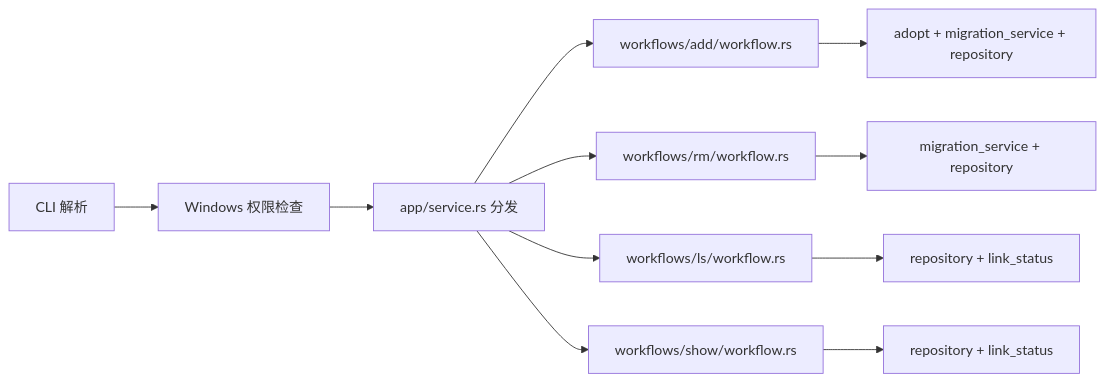
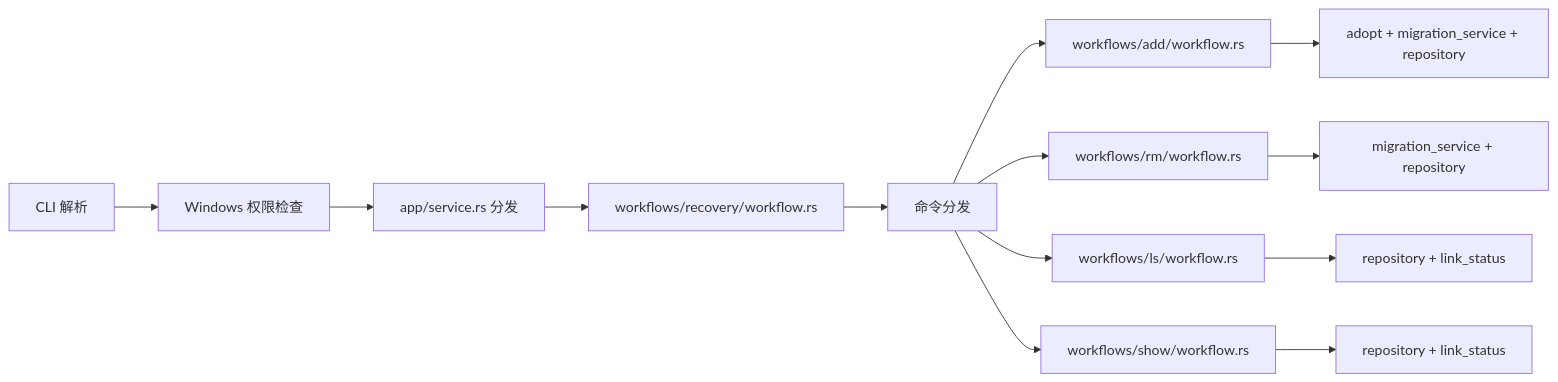
The second of 4 diagrams in README.md (835519608/symm), drawn with Mermaid before and after one commit. The commit also changed other lines of this file, not shown here.

First line of the commit message:
docs: align README with recovery and ls pagination

````diff
--- a/README.md
+++ b/README.md
@@ -113,14 +116,16 @@
 ```mermaid
 flowchart LR
 cli[CLI 解析] --> guard[Windows 权限检查]
 guard --> dispatch[app/service.rs 分发]
-dispatch --> addFlow[workflows/add/workflow.rs]
-dispatch --> rmFlow[workflows/rm/workflow.rs]
-dispatch --> lsFlow[workflows/ls/workflow.rs]
-dispatch --> showFlow[workflows/show/workflow.rs]
+dispatch --> recoverFlow[workflows/recovery/workflow.rs]
+recoverFlow --> commandDispatch[命令分发]
+commandDispatch --> addFlow[workflows/add/workflow.rs]
+commandDispatch --> rmFlow[workflows/rm/workflow.rs]
+commandDispatch --> lsFlow[workflows/ls/workflow.rs]
+commandDispatch --> showFlow[workflows/show/workflow.rs]
 
 addFlow --> addInfra[adopt + migration_service + repository]
 rmFlow --> rmInfra[migration_service + repository]
 lsFlow --> lsInfra[repository + link_status]
 showFlow --> showInfra[repository + link_status]
 ```
````
